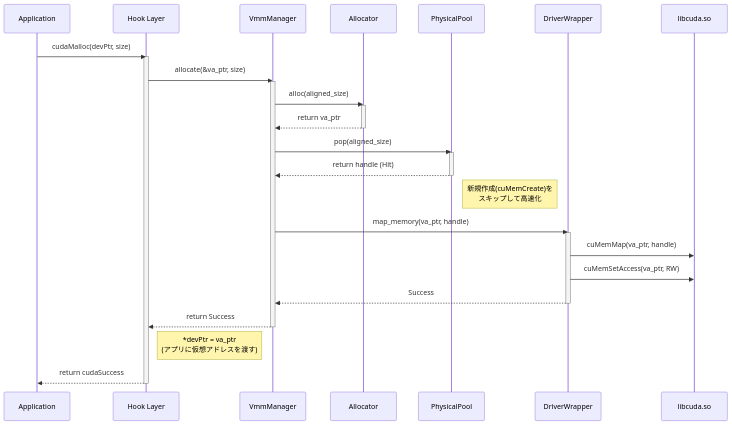
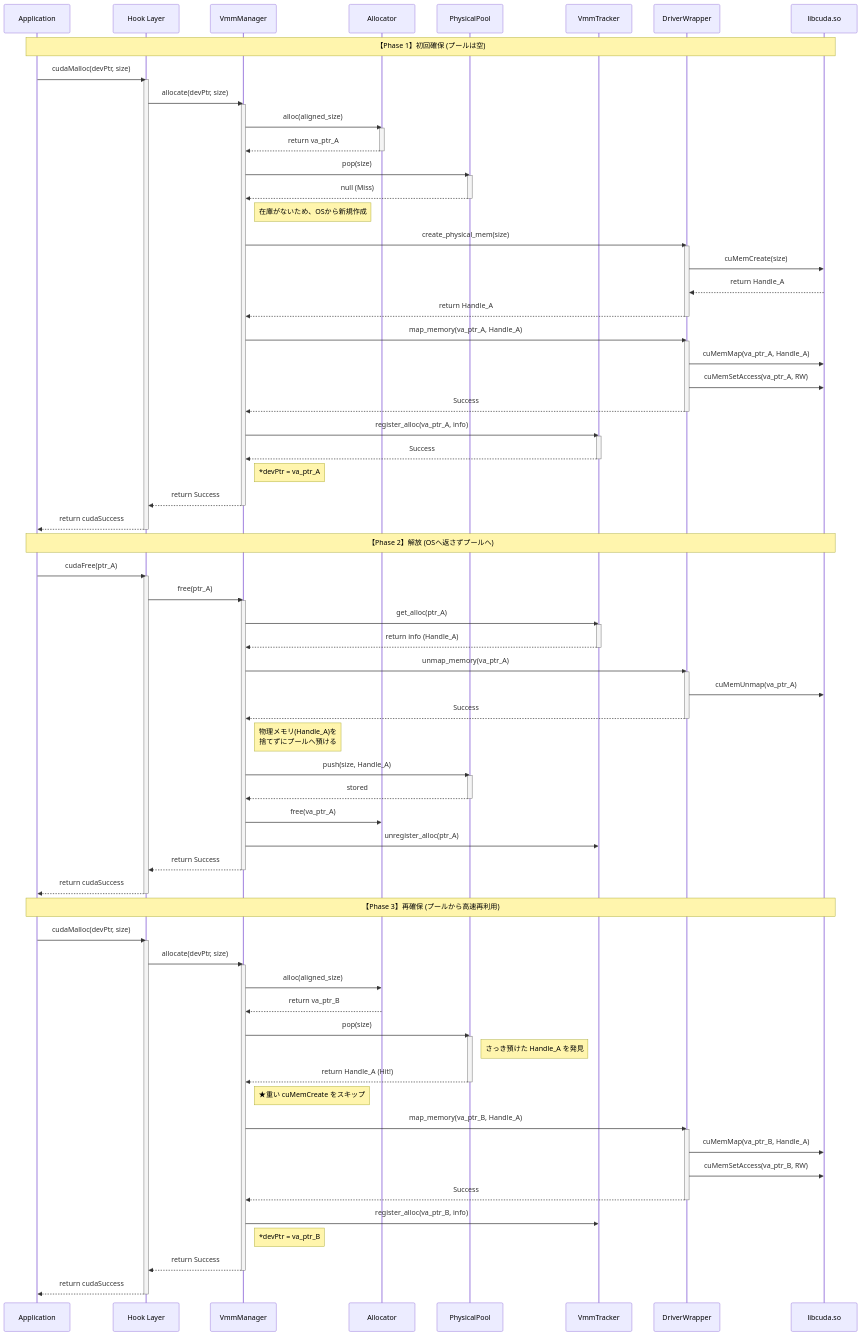
The third of 5 diagrams in desgin_doc/vmm_lib/chapter2.md (sci019/transparent_vmm_lib), drawn with Mermaid before and after one commit. The commit also changed other lines of this file and 4 other files, not shown here.

````diff
--- a/desgin_doc/vmm_lib/chapter2.md
+++ b/desgin_doc/vmm_lib/chapter2.md
@@ -213,42 +215,122 @@
     participant Mgr as VmmManager
     participant Alloc as Allocator
     participant Pool as PhysicalPool
+    participant Trk as VmmTracker
     participant Drv as DriverWrapper
     participant Cuda as libcuda.so
 
+    %% --- Phase 1: 初回確保 (Cold Path) ---
+    Note over App, Cuda: 【Phase 1】初回確保 (プールは空)
     App->>Hook: cudaMalloc(devPtr, size)
     activate Hook
-    Hook->>Mgr: allocate(&va_ptr, size)
+    Hook->>Mgr: allocate(devPtr, size)
     activate Mgr
     
     %% 1. VA確保
     Mgr->>Alloc: alloc(aligned_size)
     activate Alloc
-    Alloc-->>Mgr: return va_ptr
+    Alloc-->>Mgr: return va_ptr_A
     deactivate Alloc
 
-    %% 2. PA確保 (プール利用)
-    Mgr->>Pool: pop(aligned_size)
+    %% 2. PA確保 (Pool Miss -> Create)
+    Mgr->>Pool: pop(size)
     activate Pool
-    Pool-->>Mgr: return handle (Hit)
+    Pool-->>Mgr: null (Miss)
     deactivate Pool
     
-    Note right of Pool: 新規作成(cuMemCreate)を<br>スキップして高速化
+    Note right of Mgr: 在庫がないため、OSから新規作成
+    Mgr->>Drv: create_physical_mem(size)
+    activate Drv
+    Drv->>Cuda: cuMemCreate(size)
+    Cuda-->>Drv: return Handle_A
+    Drv-->>Mgr: return Handle_A
+    deactivate Drv
 
-    %% 3. マッピング (Driver API呼び出し)
-    Mgr->>Drv: map_memory(va_ptr, handle)
+    %% 3. マッピング
+    Mgr->>Drv: map_memory(va_ptr_A, Handle_A)
     activate Drv
-    Drv->>Cuda: cuMemMap(va_ptr, handle)
-    Drv->>Cuda: cuMemSetAccess(va_ptr, RW)
+    Drv->>Cuda: cuMemMap(va_ptr_A, Handle_A)
+    Drv->>Cuda: cuMemSetAccess(va_ptr_A, RW)
+    Drv-->>Mgr: Success
+    deactivate Drv
+    
+    %% 4. 追跡登録
+    Mgr->>Trk: register_alloc(va_ptr_A, info)
+    activate Trk
+    Trk-->>Mgr: Success
+    deactivate Trk
+
+    %% 5. ポインタ書き換え
+    Note right of Mgr: *devPtr = va_ptr_A
+
+    Mgr-->>Hook: return Success
+    deactivate Mgr
+    Hook-->>App: return cudaSuccess
+    deactivate Hook
+
+    %% --- Phase 2: 解放とプールへの格納 ---
+    Note over App, Cuda: 【Phase 2】解放 (OSへ返さずプールへ)
+    App->>Hook: cudaFree(ptr_A)
+    activate Hook
+    Hook->>Mgr: free(ptr_A)
+    activate Mgr
+    
+    Mgr->>Trk: get_alloc(ptr_A)
+    activate Trk
+    Trk-->>Mgr: return info (Handle_A)
+    deactivate Trk
+
+    Mgr->>Drv: unmap_memory(va_ptr_A)
+    activate Drv
+    Drv->>Cuda: cuMemUnmap(va_ptr_A)
+    Drv-->>Mgr: Success
+    deactivate Drv
+    
+    Note right of Mgr: 物理メモリ(Handle_A)を<br>捨てずにプールへ預ける
+    Mgr->>Pool: push(size, Handle_A)
+    activate Pool
+    Pool-->>Mgr: stored
+    deactivate Pool
+
+    Mgr->>Alloc: free(va_ptr_A)
+    Mgr->>Trk: unregister_alloc(ptr_A)
+
+    Mgr-->>Hook: return Success
+    deactivate Mgr
+    Hook-->>App: return cudaSuccess
+    deactivate Hook
+
+    %% --- Phase 3: 再利用 (Hot Path) ---
+    Note over App, Cuda: 【Phase 3】再確保 (プールから高速再利用)
+    App->>Hook: cudaMalloc(devPtr, size)
+    activate Hook
+    Hook->>Mgr: allocate(devPtr, size)
+    activate Mgr
+
+    Mgr->>Alloc: alloc(aligned_size)
+    Alloc-->>Mgr: return va_ptr_B
+
+    %% PA確保 (Pool Hit)
+    Mgr->>Pool: pop(size)
+    activate Pool
+    Note right of Pool: さっき預けた Handle_A を発見
+    Pool-->>Mgr: return Handle_A (Hit!)
+    deactivate Pool
+
+    Note right of Mgr: ★重い cuMemCreate をスキップ
+
+    Mgr->>Drv: map_memory(va_ptr_B, Handle_A)
+    activate Drv
+    Drv->>Cuda: cuMemMap(va_ptr_B, Handle_A)
+    Drv->>Cuda: cuMemSetAccess(va_ptr_B, RW)
     Drv-->>Mgr: Success
     deactivate Drv
 
+    Mgr->>Trk: register_alloc(va_ptr_B, info)
+    Note right of Mgr: *devPtr = va_ptr_B
+
     Mgr-->>Hook: return Success
     deactivate Mgr
-
-    %% ポインタの書き換え
-    Note right of Hook: *devPtr = va_ptr<br>(アプリに仮想アドレスを渡す)
-    
     Hook-->>App: return cudaSuccess
     deactivate Hook
 ```
````
